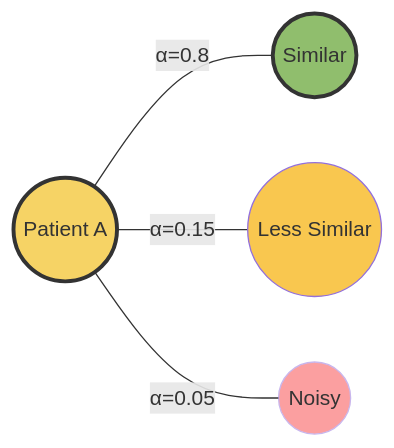
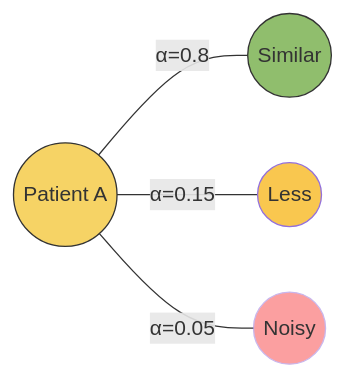
The third of 13 diagrams in slides.md (phiwi/graphnn_lecture), drawn with Mermaid before and after one commit. The commit also changed other lines of this file, not shown here.

````diff
--- a/slides.md
+++ b/slides.md
@@ -399,11 +402,11 @@
 ```mermaid
 graph LR
   A((Patient A)) ---|α=0.8| B((Similar))
-  A ---|α=0.15| C((Less Similar))
+  A ---|α=0.15| C((Less))
   A ---|α=0.05| D((Noisy))
   
-  style A fill:#f6d365,stroke:#333,stroke-width:3px
-  style B fill:#90be6d,stroke:#333,stroke-width:3px
+  style A fill:#f6d365,stroke:#333
+  style B fill:#90be6d,stroke:#333
   style C fill:#f9c74f
   style D fill:#f94144,opacity:0.5
 ```
````
